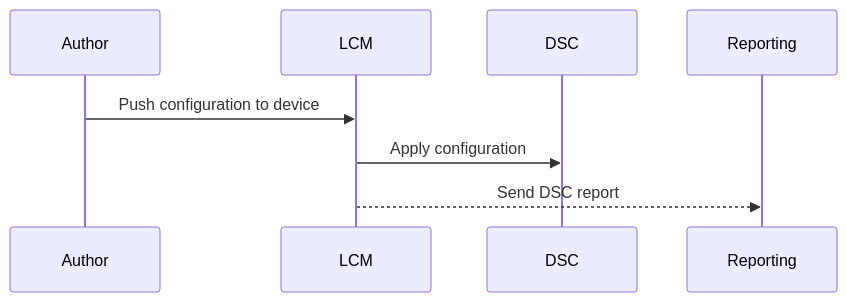
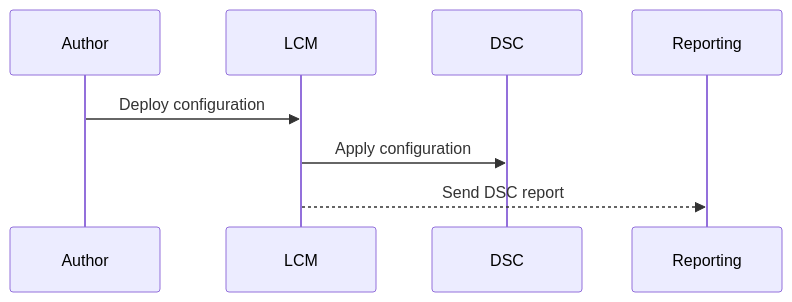
The first of 2 diagrams in README.md (opendsc/opendsc), drawn with Mermaid before and after one commit. The commit also changed other lines of this file, not shown here.

Commit message:
Update diagram

````diff
--- a/README.md
+++ b/README.md
@@ -23,6 +23,6 @@
 ```mermaid
 sequenceDiagram
-    Author->>LCM: Push configuration to device
+    Author->>LCM: Deploy configuration
     LCM->>DSC: Apply configuration
     LCM-->>Reporting: Send DSC report
 ```
````
